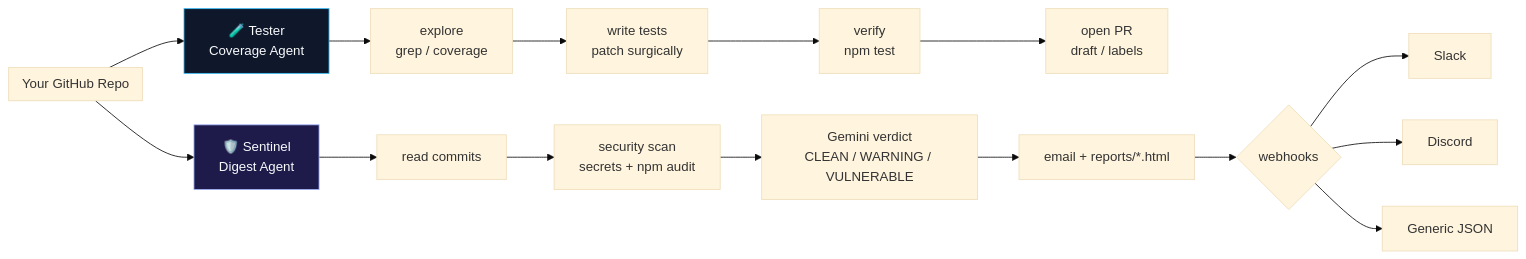
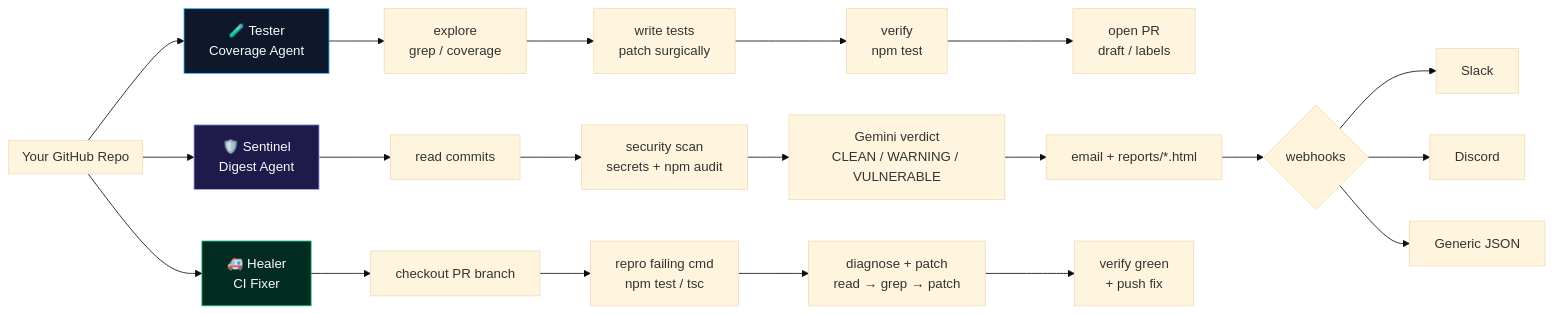
One commit to Divyanshu-kumar14/PRism changed the first of 2 diagrams in README.md. Above: the diagram before and after it, drawn with Mermaid (base theme). The commit also changed other lines of this file and 2 other files, not shown here.

First line of the commit message:
docs(healer): Document Healer agent in README and code

````diff
--- a/README.md
+++ b/README.md
@@ -80,26 +88,33 @@
 ```mermaid
 flowchart LR
     subgraph Repo[Your GitHub Repo]
       direction TB
     end
 
     Repo --> Tester[🧪 Tester\nCoverage Agent]
     Repo --> Sentinel[🛡️ Sentinel\nDigest Agent]
+    Repo --> Healer[🚑 Healer\nCI Fixer]
 
     Tester --> A1[explore\ngrep / coverage]
     A1 --> A2[write tests\npatch surgically]
     A2 --> A3[verify\nnpm test]
     A3 --> A4[open PR\ndraft / labels]
 
     Sentinel --> B1[read commits]
     B1 --> B2[security scan\nsecrets + npm audit]
     B2 --> B3[Gemini verdict\nCLEAN / WARNING / VULNERABLE]
     B3 --> B4[email + reports/*.html]
     B4 --> B5{webhooks}
     B5 --> Slack[Slack]
     B5 --> Discord[Discord]
     B5 --> Generic[Generic JSON]
 
+    Healer --> C1[checkout PR branch]
+    C1 --> C2[repro failing cmd\nnpm test / tsc]
+    C2 --> C3[diagnose + patch\nread → grep → patch]
+    C3 --> C4[verify green\n+ push fix]
+
     style Tester fill:#0f172a,stroke:#38bdf8,color:#f8fafc
     style Sentinel fill:#1e1b4b,stroke:#a5b4fc,color:#f8fafc
+    style Healer fill:#022c22,stroke:#10b981,color:#f8fafc
 ```
````
